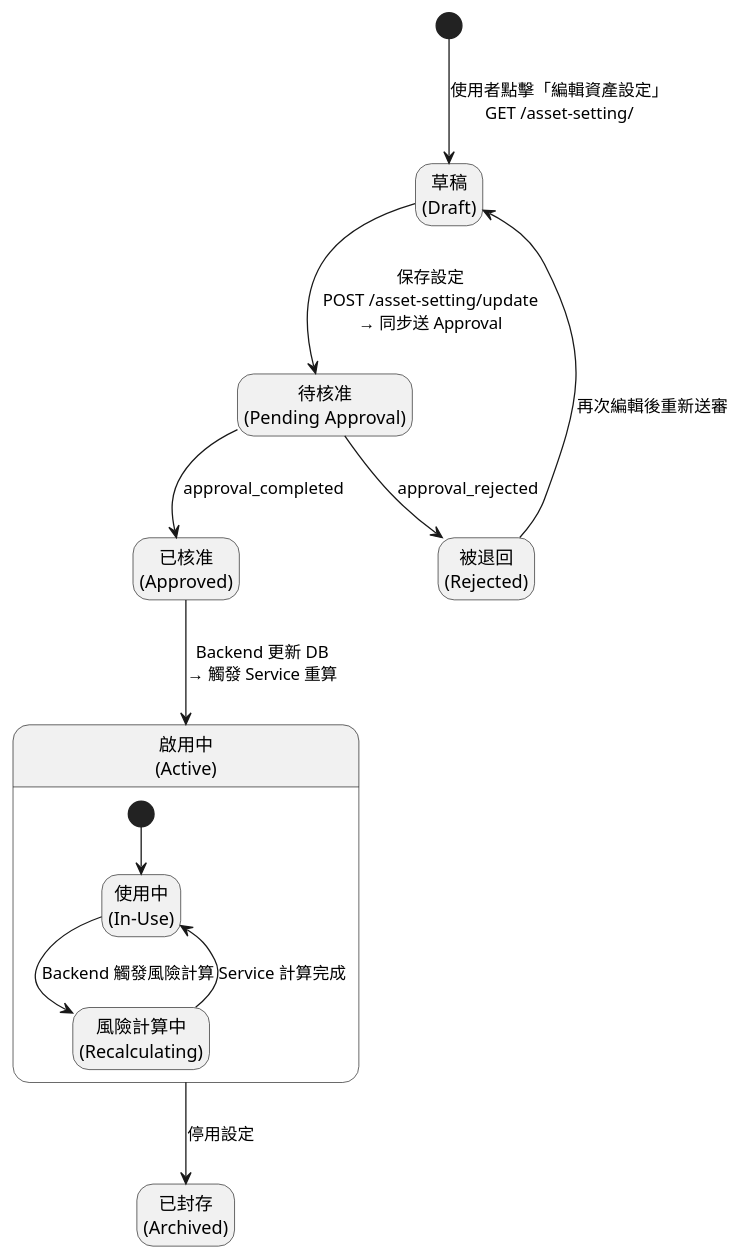
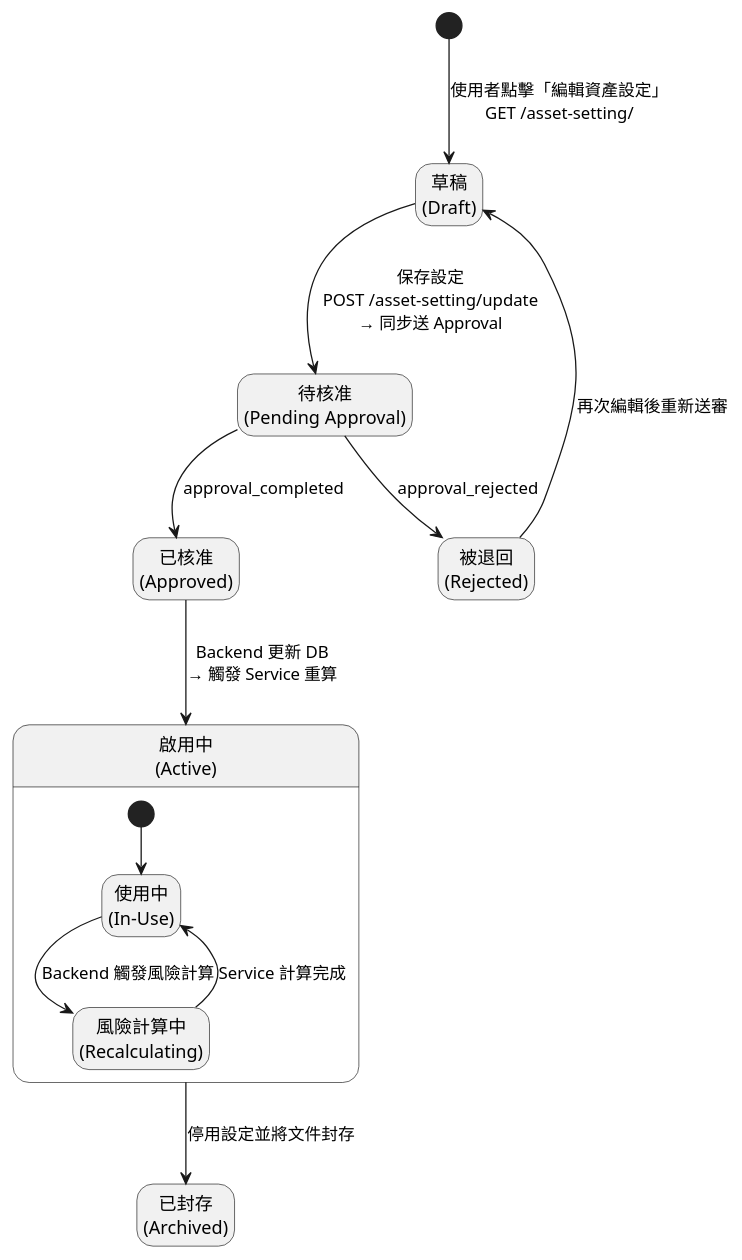
The diagram in plantUML/state/asset_setting.puml (walle45611/NTUB_SecuManag_Diagram), drawn with PlantUML before and after one commit. The commit also changed 4 other files, not shown here.

Commit message:
(feat): 更新資產、資產設定、風險及威脅/弱點的狀態圖，調整封存與刪除的描述 (#62)

```diff
--- a/plantUML/state/asset_setting.puml
+++ b/plantUML/state/asset_setting.puml
@@ -1,31 +1,31 @@
 @startuml
 
 hide empty description
 
 [*] --> Draft : 使用者點擊「編輯資產設定」\nGET /asset-setting/
 state "草稿\n(Draft)" as Draft <<draft>>
 
 Draft --> PendingApproval : 保存設定\nPOST /asset-setting/update\n→ 同步送 Approval
 state "待核准\n(Pending Approval)" as PendingApproval <<approval>>
 
 PendingApproval --> Approved : approval_completed
 PendingApproval --> Rejected : approval_rejected
 state "被退回\n(Rejected)" as Rejected <<terminal>>
 Rejected --> Draft : 再次編輯後重新送審
 
 state "已核准\n(Approved)" as Approved <<approval>>
 
 state "啟用中\n(Active)" as Active <<active>> {
   [*] --> InUse
   state "使用中\n(In-Use)"        as InUse
   state "風險計算中\n(Recalculating)" as Recalculating
 
   InUse --> Recalculating : Backend 觸發風險計算
   Recalculating --> InUse : Service 計算完成
 }
 
 Approved --> Active : Backend 更新 DB\n→ 觸發 Service 重算
 
-Active --> Archived : 停用設定
+Active --> Archived : 停用設定並將文件封存
 state "已封存\n(Archived)" as Archived <<terminal>>
 @enduml
```
